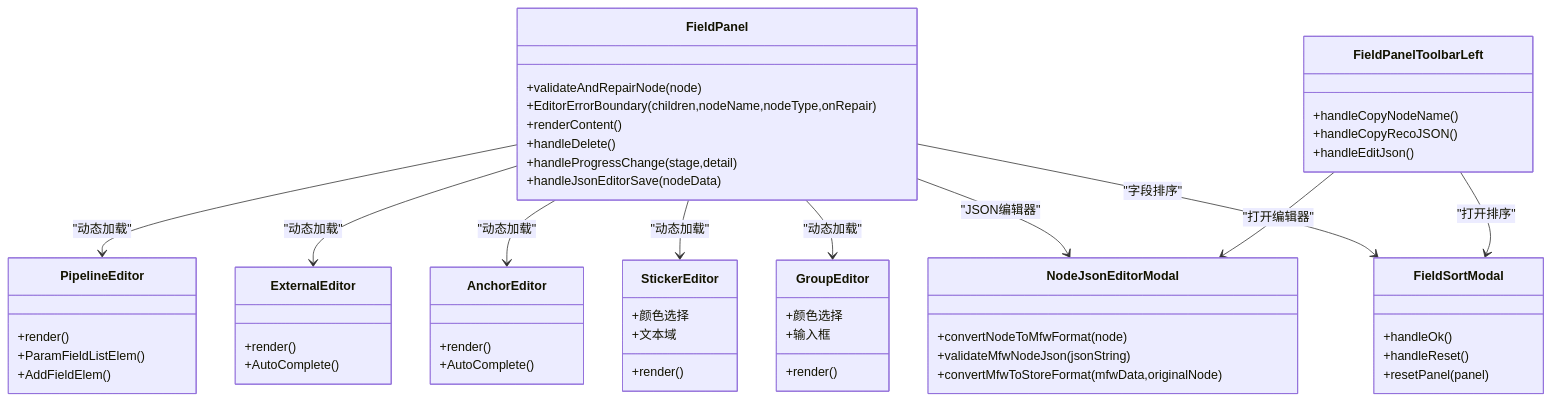
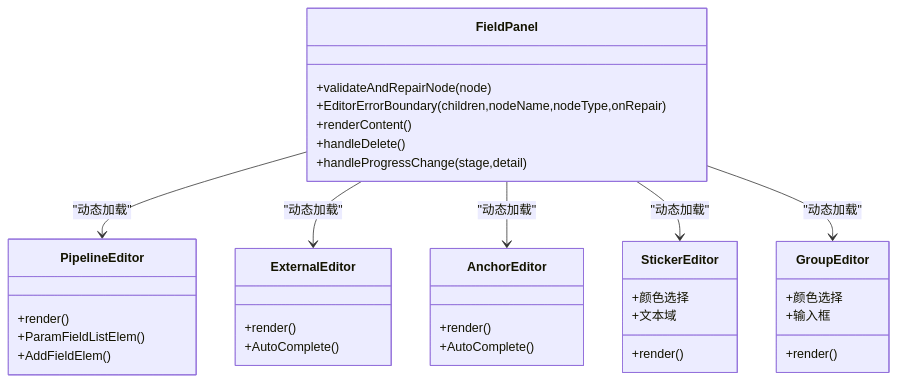
One commit to kqcoxn/MaaPipelineEditor changed the fourth of 7 diagrams in .qoder/repowiki/zh/content/用户界面/面板系统/字段面板.md. Above: the diagram before and after it, drawn with Mermaid. The commit also changed other lines of this file and 50 other files, not shown here.

````diff
--- a/.qoder/repowiki/zh/content/用户界面/面板系统/字段面板.md
+++ b/.qoder/repowiki/zh/content/用户界面/面板系统/字段面板.md
@@ -420,58 +253,38 @@
 ```mermaid
 classDiagram
 class FieldPanel {
 +validateAndRepairNode(node)
 +EditorErrorBoundary(children,nodeName,nodeType,onRepair)
 +renderContent()
 +handleDelete()
 +handleProgressChange(stage,detail)
-+handleJsonEditorSave(nodeData)
-}
-class FieldPanelToolbarLeft {
-+handleCopyNodeName()
-+handleCopyRecoJSON()
-+handleEditJson()
-}
-class NodeJsonEditorModal {
-+convertNodeToMfwFormat(node)
-+validateMfwNodeJson(jsonString)
-+convertMfwToStoreFormat(mfwData,originalNode)
-}
-class FieldSortModal {
-+handleOk()
-+handleReset()
-+resetPanel(panel)
 }
 class PipelineEditor {
 +render()
 +ParamFieldListElem()
 +AddFieldElem()
 }
 class ExternalEditor {
 +render()
 +AutoComplete()
 }
 class AnchorEditor {
 +render()
 +AutoComplete()
 }
 class StickerEditor {
 +render()
 +颜色选择
 +文本域
 }
 class GroupEditor {
 +render()
 +颜色选择
 +输入框
 }
 FieldPanel --> PipelineEditor : "动态加载"
 FieldPanel --> ExternalEditor : "动态加载"
 FieldPanel --> AnchorEditor : "动态加载"
 FieldPanel --> StickerEditor : "动态加载"
 FieldPanel --> GroupEditor : "动态加载"
-FieldPanel --> NodeJsonEditorModal : "JSON编辑器"
-FieldPanel --> FieldSortModal : "字段排序"
-FieldPanelToolbarLeft --> NodeJsonEditorModal : "打开编辑器"
-FieldPanelToolbarLeft --> FieldSortModal : "打开排序"
 ```
````
